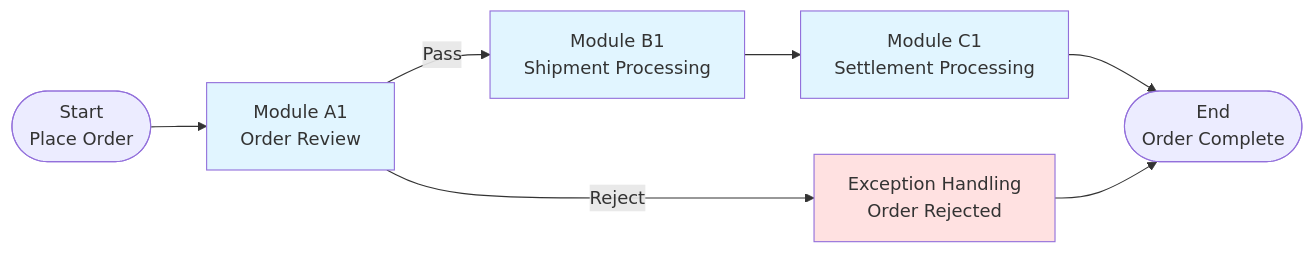
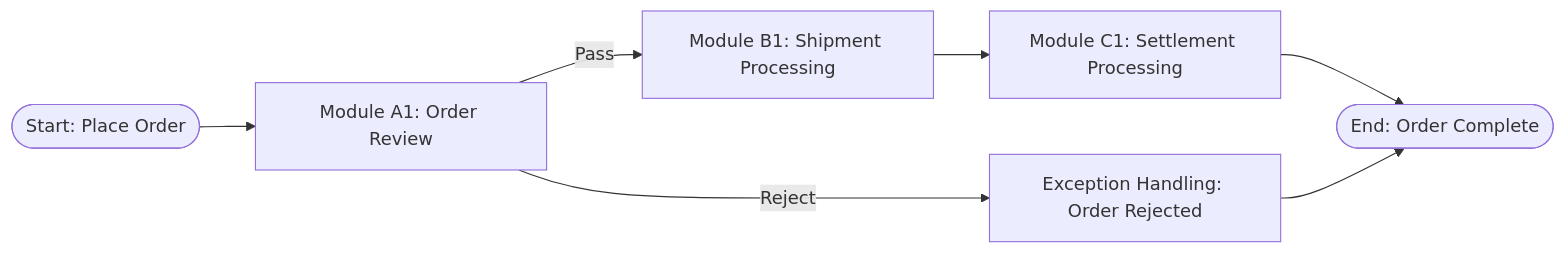
One commit to charlesmu99/speccrew changed the fourth of 5 diagrams in .speccrew/skills/speccrew-knowledge-system-summarize/templates/SYSTEM-OVERVIEW-TEMPLATE.md. Above: the diagram before and after it, drawn with Mermaid. The commit also changed other lines of this file and 9 other files, not shown here.

First line of the commit message:
feat(knowledge-skills): enhance documentation templates with source traceability and Mermaid compatibility

````diff
--- a/.speccrew/skills/speccrew-knowledge-system-summarize/templates/SYSTEM-OVERVIEW-TEMPLATE.md
+++ b/.speccrew/skills/speccrew-knowledge-system-summarize/templates/SYSTEM-OVERVIEW-TEMPLATE.md
@@ -193,14 +198,9 @@
 ```mermaid
 flowchart LR
-    Start([Start<br/>Place Order]) --> A1[Module A1<br/>Order Review]
-    A1 -->|Pass| B1[Module B1<br/>Shipment Processing]
-    A1 -->|Reject| Reject[Exception Handling<br/>Order Rejected]
-    B1 --> C1[Module C1<br/>Settlement Processing]
-    C1 --> End([End<br/>Order Complete])
+    Start([Start: Place Order]) --> A1[Module A1: Order Review]
+    A1 -->|Pass| B1[Module B1: Shipment Processing]
+    A1 -->|Reject| Reject[Exception Handling: Order Rejected]
+    B1 --> C1[Module C1: Settlement Processing]
+    C1 --> End([End: Order Complete])
     Reject --> End
-    
-    style A1 fill:#e1f5ff
-    style B1 fill:#e1f5ff
-    style C1 fill:#e1f5ff
-    style Reject fill:#ffe1e1
 ```
````
